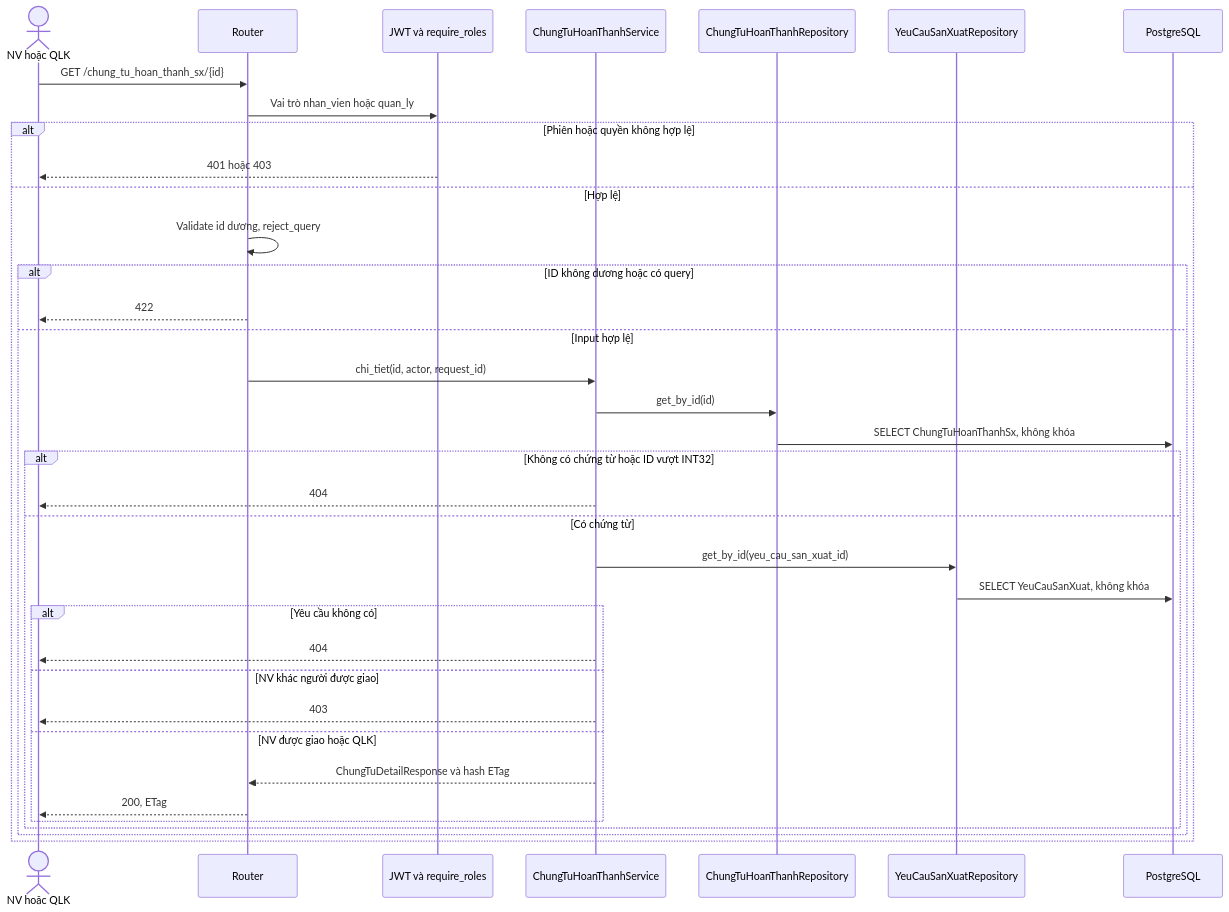
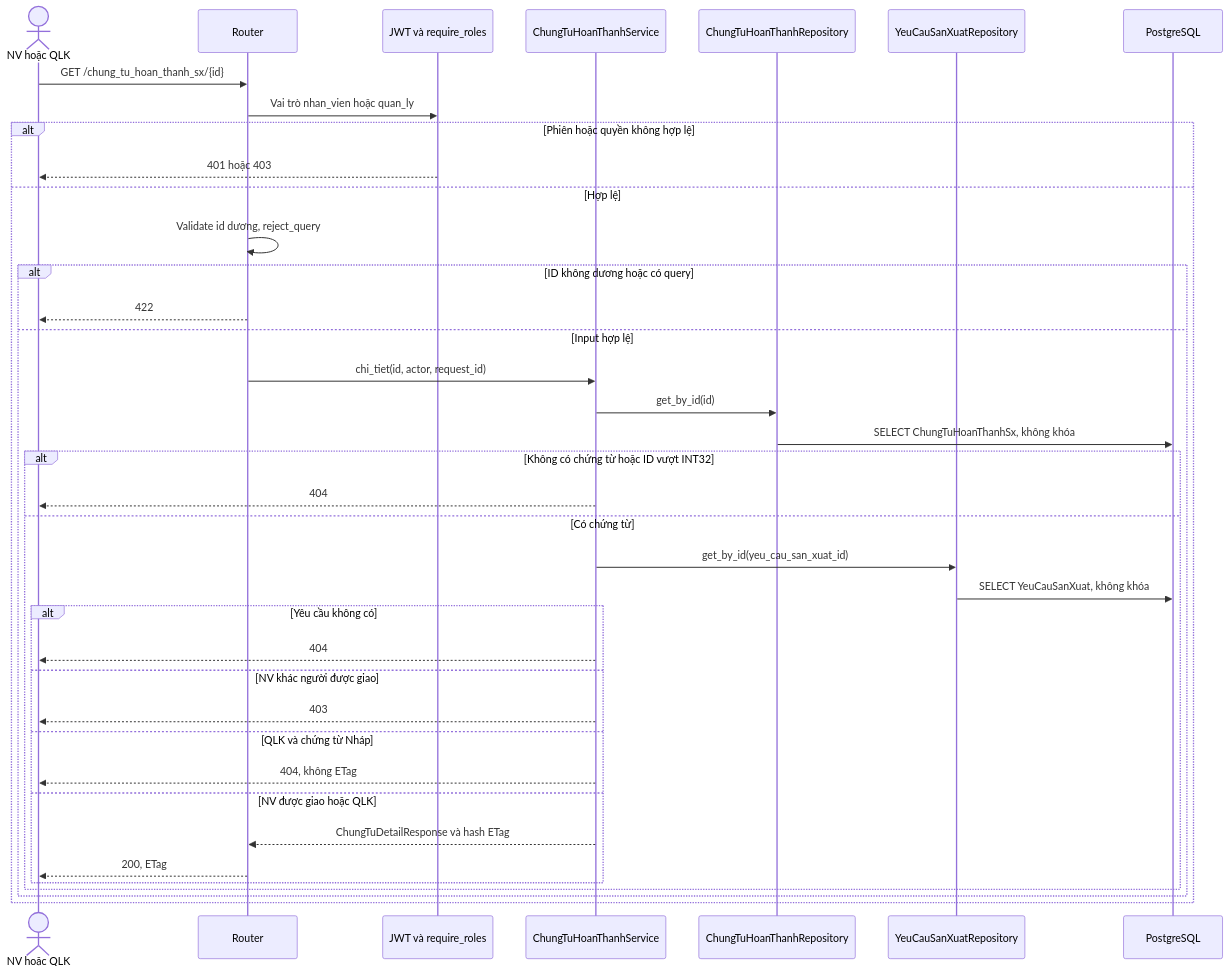
One commit to thanhklt/xbike-mrp-system changed diagram 15 of 19 in docs/sequence/san_xuat.md. Above: the diagram before and after it, drawn with Mermaid. The commit also changed other lines of this file and 17 other files, not shown here.

````diff
--- a/docs/sequence/san_xuat.md
+++ b/docs/sequence/san_xuat.md
@@ -865,38 +931,40 @@
 ```mermaid
 sequenceDiagram
     actor U as NV hoặc QLK
     participant API as Router
     participant Auth as JWT và require_roles
     participant S as ChungTuHoanThanhService
     participant C as ChungTuHoanThanhRepository
     participant R as YeuCauSanXuatRepository
     participant DB as PostgreSQL
     U->>API: GET /chung_tu_hoan_thanh_sx/{id}
     API->>Auth: Vai trò nhan_vien hoặc quan_ly
     alt Phiên hoặc quyền không hợp lệ
         Auth-->>U: 401 hoặc 403
     else Hợp lệ
         API->>API: Validate id dương, reject_query
         alt ID không dương hoặc có query
             API-->>U: 422
         else Input hợp lệ
             API->>S: chi_tiet(id, actor, request_id)
             S->>C: get_by_id(id)
             C->>DB: SELECT ChungTuHoanThanhSx, không khóa
             alt Không có chứng từ hoặc ID vượt INT32
                 S-->>U: 404
             else Có chứng từ
                 S->>R: get_by_id(yeu_cau_san_xuat_id)
                 R->>DB: SELECT YeuCauSanXuat, không khóa
                 alt Yêu cầu không có
                     S-->>U: 404
                 else NV khác người được giao
                     S-->>U: 403
+                else QLK và chứng từ Nháp
+                    S-->>U: 404, không ETag
                 else NV được giao hoặc QLK
                     S-->>API: ChungTuDetailResponse và hash ETag
                     API-->>U: 200, ETag
                 end
             end
         end
     end
 ```
````
